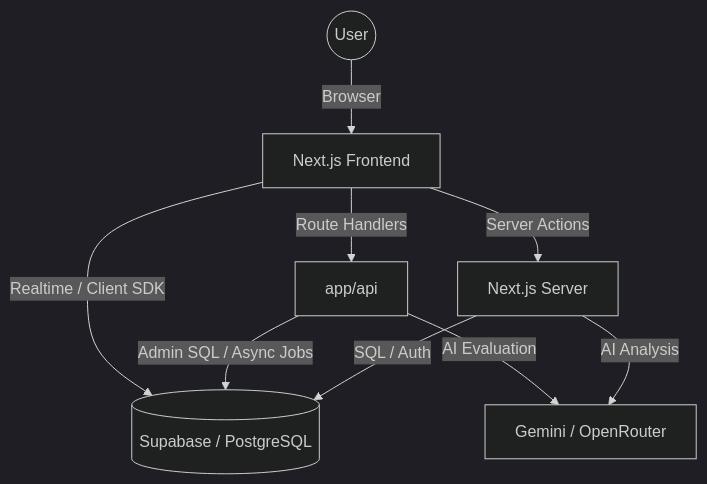
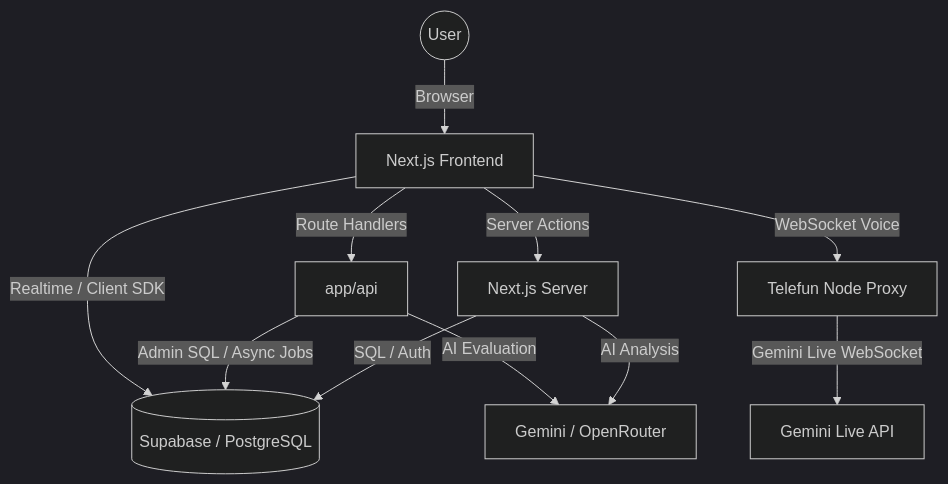
One commit to fajarabr76/Trainerssuperappnext changed the diagram in docs/architecture.md. Above: the diagram before and after it, drawn with Mermaid (dark theme). The commit also changed other lines of this file and 7 other files, not shown here.

Commit message:
docs(telefun): add operational runbook and update module docs for live voice flow

````diff
--- a/docs/architecture.md
+++ b/docs/architecture.md
@@ -20,11 +20,13 @@
 ```mermaid
 graph TD
     User((User)) -->|Browser| Frontend[Next.js Frontend]
     Frontend -->|Server Actions| NextServer[Next.js Server]
     Frontend -->|Route Handlers| API[app/api]
     NextServer -->|SQL / Auth| Supabase[(Supabase / PostgreSQL)]
     API -->|Admin SQL / Async Jobs| Supabase
     Frontend -->|Realtime / Client SDK| Supabase
+    Frontend -->|WebSocket Voice| TelefunProxy[Telefun Node Proxy]
+    TelefunProxy -->|Gemini Live WebSocket| GeminiLive[Gemini Live API]
     NextServer -->|AI Analysis| AIProviders[Gemini / OpenRouter]
     API -->|AI Evaluation| AIProviders
 ```
````
